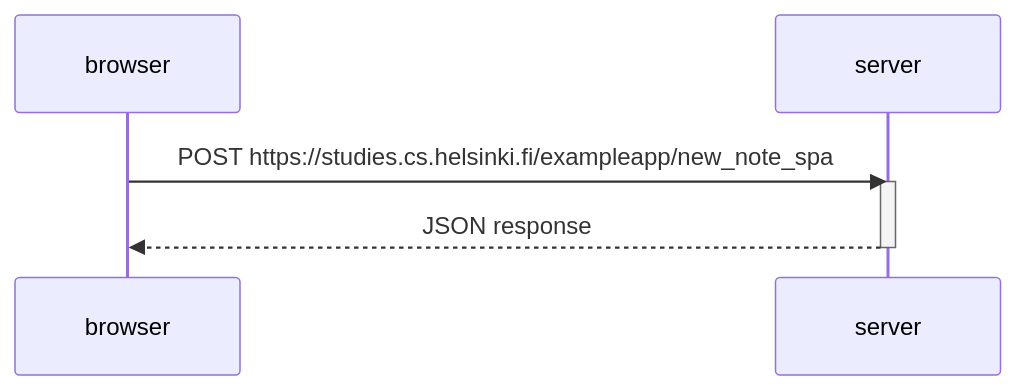
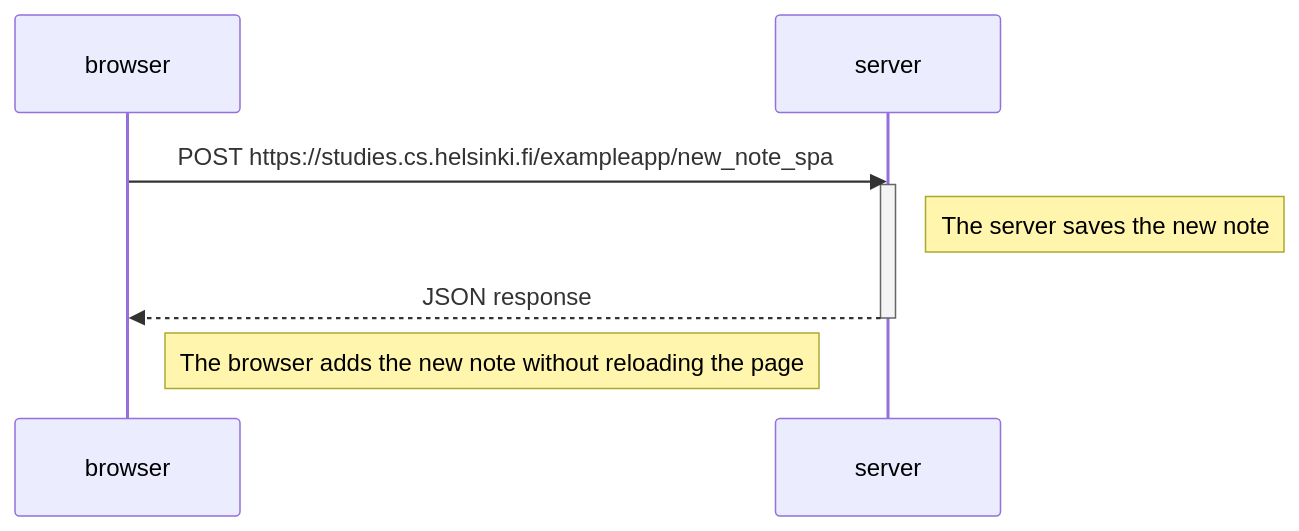
Before and after one commit to linneahaapio/part0: the diagram in 0_6.md, drawn with Mermaid. The commit also changed 2 other files, not shown here.

Commit message:
Part 0 comments

````diff
--- a/0_6.md
+++ b/0_6.md
@@ -1,12 +1,17 @@
 ```mermaid
 
 sequenceDiagram
     participant browser
     participant server
 
     browser->>server: POST https://studies.cs.helsinki.fi/exampleapp/new_note_spa
     activate server
+
+    Note right of server: The server saves the new note
+
     server-->>browser: JSON response
     deactivate server
 
+    Note right of browser: The browser adds the new note without reloading the page
+
 ```
````
